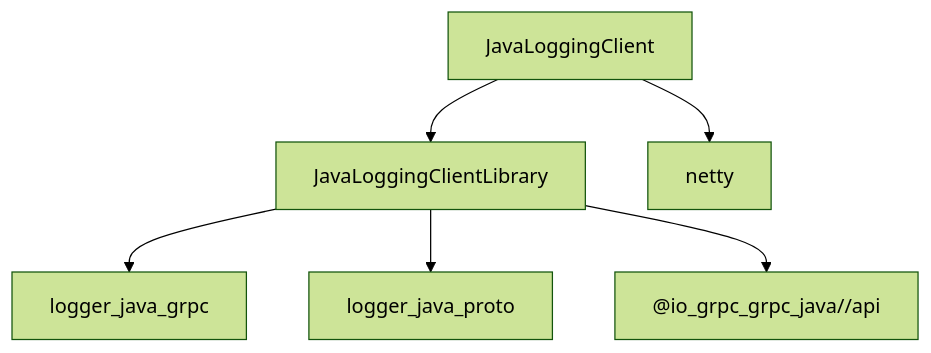
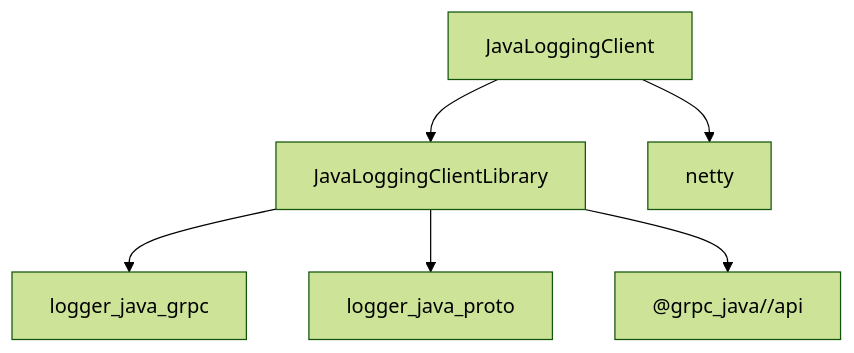
Before and after one commit to EngFlow/codelabs: the second of 2 diagrams in README.md, drawn with Mermaid (forest theme). The commit also changed other lines of this file and 16 other files, not shown here.

````diff
--- a/README.md
+++ b/README.md
@@ -60,7 +57,7 @@
 ```mermaid
 graph TD;
     JavaLoggingClient-->JavaLoggingClientLibrary-->logger_java_grpc;
     JavaLoggingClientLibrary-->logger_java_proto;
-    JavaLoggingClientLibrary-->A["@io_grpc_grpc_java//api"];
+    JavaLoggingClientLibrary-->A["@grpc_java//api"];
     JavaLoggingClient-->netty;
 ```
````
